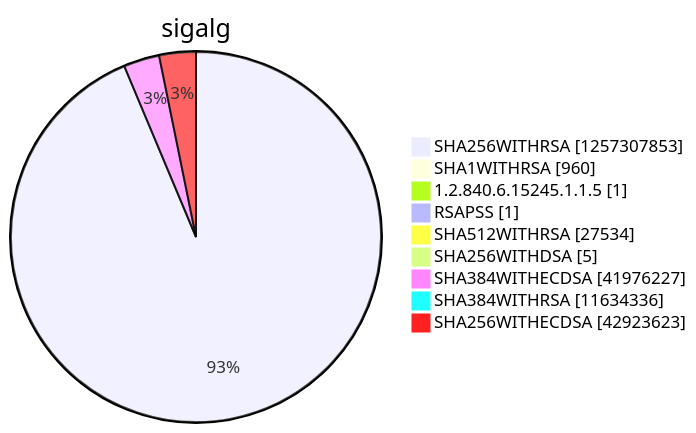
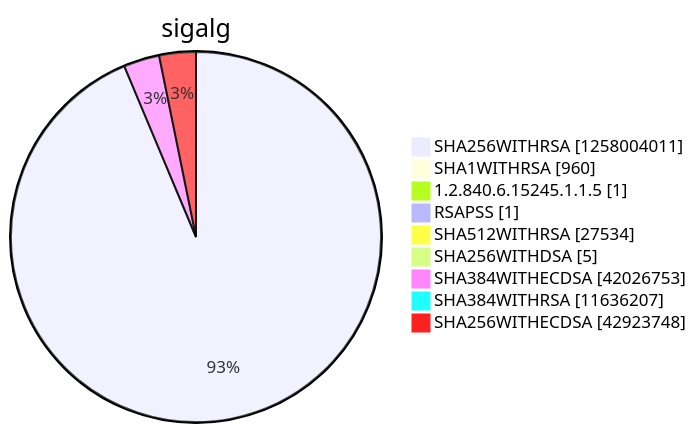
Diagram 15 of 15 in argon2022/README.md (christiankrug/ctmonitor_visualization), drawn with Mermaid before and after one commit. The commit also changed other lines of this file, not shown here.

````diff
--- a/argon2022/README.md
+++ b/argon2022/README.md
@@ -5522,13 +5522,13 @@
 ```mermaid
 pie showData
 title sigalg
-"SHA256WITHRSA" :1257307853
+"SHA256WITHRSA" :1258004011
 "SHA1WITHRSA" :960
 "1.2.840.6.15245.1.1.5" :1
 "RSAPSS" :1
 "SHA512WITHRSA" :27534
 "SHA256WITHDSA" :5
-"SHA384WITHECDSA" :41976227
-"SHA384WITHRSA" :11634336
-"SHA256WITHECDSA" :42923623
+"SHA384WITHECDSA" :42026753
+"SHA384WITHRSA" :11636207
+"SHA256WITHECDSA" :42923748
 ```
````
